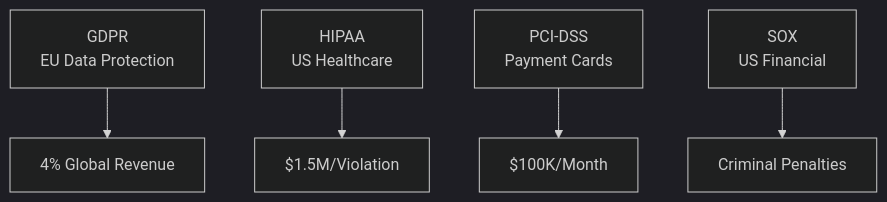
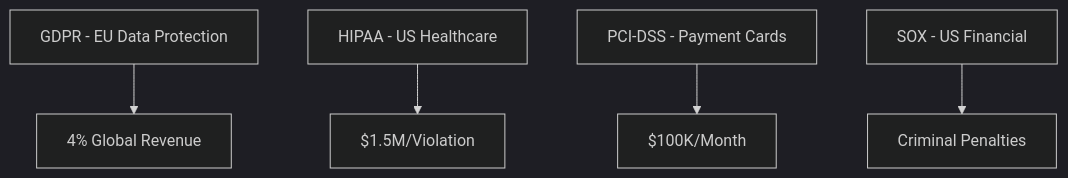
Before and after one commit to manojxshrestha/SOC-Analyst-Cheatsheet: diagram 25 of 28 in 1-Incident-Handling-Process/README.md, drawn with Mermaid (dark theme). The commit also changed other lines of this file, not shown here.

````diff
--- a/1-Incident-Handling-Process/README.md
+++ b/1-Incident-Handling-Process/README.md
@@ -1101,7 +1038,16 @@
 ```mermaid
-graph TD
-    GDPR[GDPR<br/>EU Data Protection] --> Fine1[4% Global Revenue]
-    HIPAA[HIPAA<br/>US Healthcare] --> Fine2[$1.5M/Violation]
-    PCI_DSS[PCI-DSS<br/>Payment Cards] --> Fine3[$100K/Month]
-    SOX[SOX<br/>US Financial] --> Fine4[Criminal Penalties]
+flowchart TD
+    GDPR --> Fine1
+    HIPAA --> Fine2
+    PCI_DSS --> Fine3
+    SOX --> Fine4
+    
+    GDPR[GDPR - EU Data Protection]
+    Fine1[4% Global Revenue]
+    HIPAA[HIPAA - US Healthcare]
+    Fine2[$1.5M/Violation]
+    PCI_DSS[PCI-DSS - Payment Cards]
+    Fine3[$100K/Month]
+    SOX[SOX - US Financial]
+    Fine4[Criminal Penalties]
 ```
````
